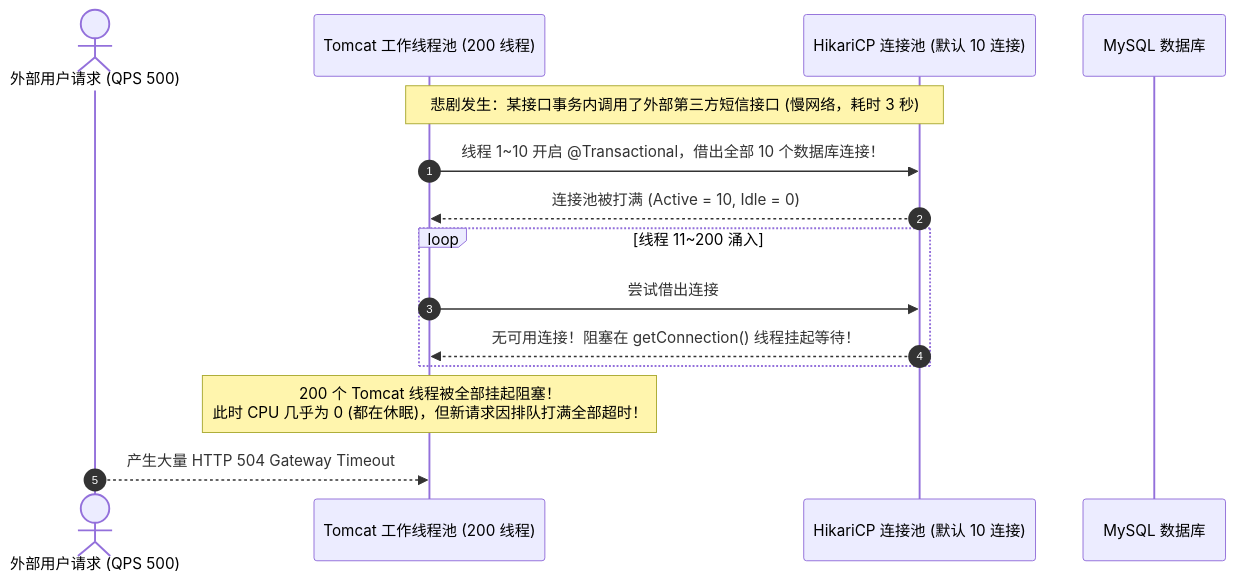
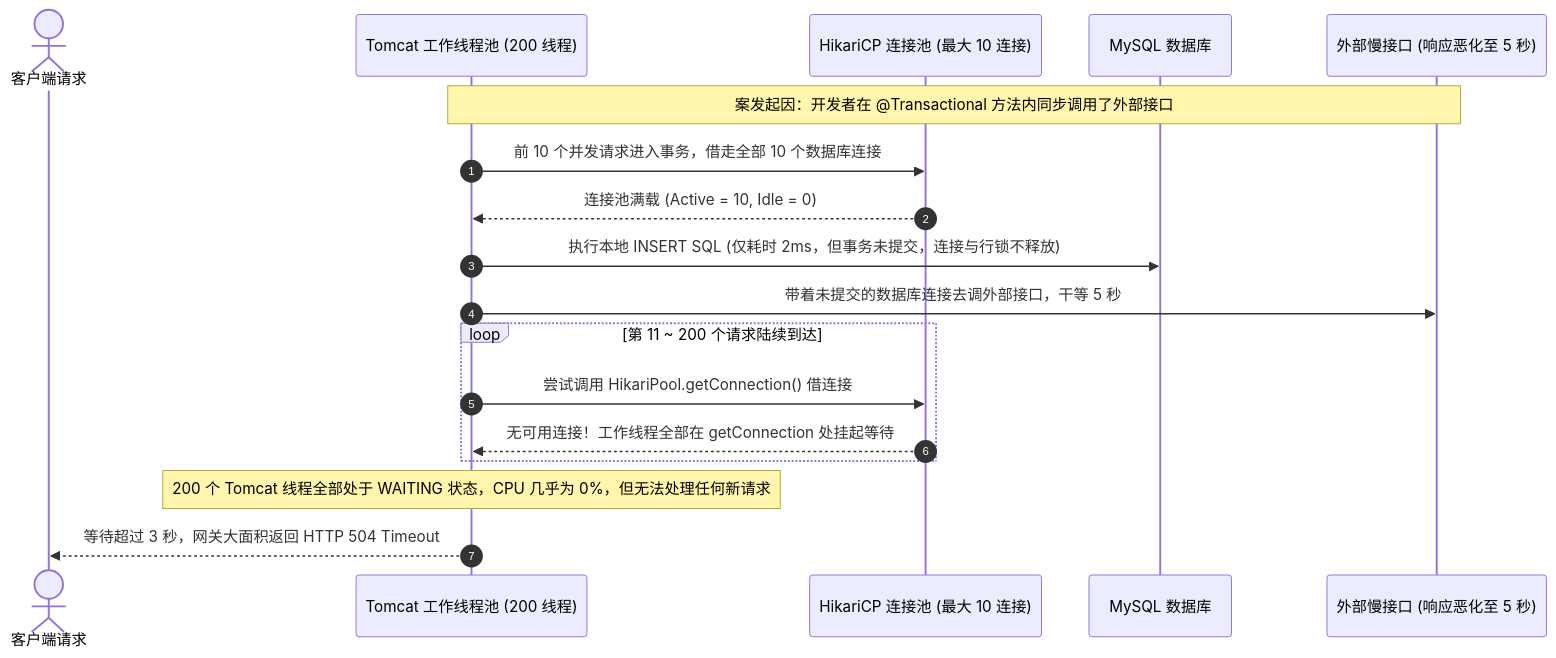
Before and after one commit to GuoWWWX/knowledge-base: the third of 3 diagrams in 20-Java后端/10-知识串联与专题/08-线上故障排查全链路.md, drawn with Mermaid. The commit also changed other lines of this file and 251 other files, not shown here.

````diff
--- a/20-Java后端/10-知识串联与专题/08-线上故障排查全链路.md
+++ b/20-Java后端/10-知识串联与专题/08-线上故障排查全链路.md
@@ -85,20 +87,23 @@
 ```mermaid
 sequenceDiagram
     autonumber
-    actor Client as 外部用户请求 (QPS 500)
+    actor Client as 客户端请求
     participant Tomcat as Tomcat 工作线程池 (200 线程)
-    participant Hikari as HikariCP 连接池 (默认 10 连接)
+    participant Hikari as HikariCP 连接池 (最大 10 连接)
     participant DB as MySQL 数据库
+    participant ThirdParty as 外部慢接口 (响应恶化至 5 秒)
 
-    Note over Tomcat,Hikari: 悲剧发生：某接口事务内调用了外部第三方短信接口 (慢网络，耗时 3 秒)
-    Tomcat->>Hikari: 线程 1~10 开启 @Transactional，借出全部 10 个数据库连接！
-    Hikari-->>Tomcat: 连接池被打满 (Active = 10, Idle = 0)
-    
-    loop 线程 11~200 涌入
-        Tomcat->>Hikari: 尝试借出连接
-        Hikari-->>Tomcat: 无可用连接！阻塞在 getConnection() 线程挂起等待！
+    Note over Tomcat,ThirdParty: 案发起因：开发者在 @Transactional 方法内同步调用了外部接口
+    Tomcat->>Hikari: 前 10 个并发请求进入事务，借走全部 10 个数据库连接
+    Hikari-->>Tomcat: 连接池满载 (Active = 10, Idle = 0)
+    Tomcat->>DB: 执行本地 INSERT SQL (仅耗时 2ms，但事务未提交，连接与行锁不释放)
+    Tomcat->>ThirdParty: 带着未提交的数据库连接去调外部接口，干等 5 秒
+
+    loop 第 11 ~ 200 个请求陆续到达
+        Tomcat->>Hikari: 尝试调用 HikariPool.getConnection() 借连接
+        Hikari-->>Tomcat: 无可用连接！工作线程全部在 getConnection 处挂起等待
     end
 
-    Note over Tomcat: 200 个 Tomcat 线程被全部挂起阻塞！<br/>此时 CPU 几乎为 0 (都在休眠)，但新请求因排队打满全部超时！
-    Client-->>Tomcat: 产生大量 HTTP 504 Gateway Timeout
+    Note over Tomcat: 200 个 Tomcat 线程全部处于 WAITING 状态，CPU 几乎为 0%，但无法处理任何新请求
+    Tomcat-->>Client: 等待超过 3 秒，网关大面积返回 HTTP 504 Timeout
 ```
````
